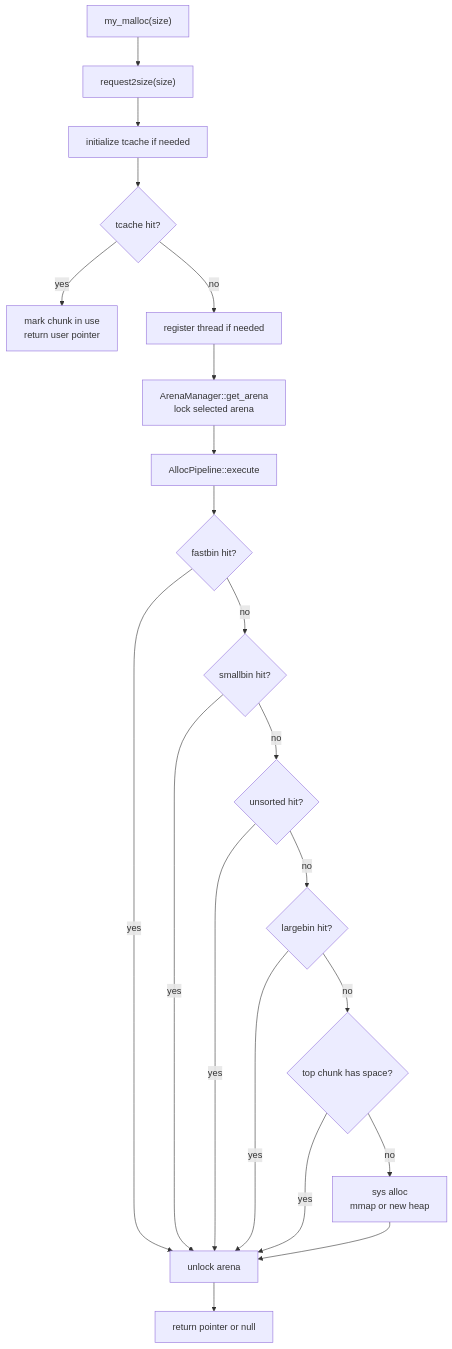
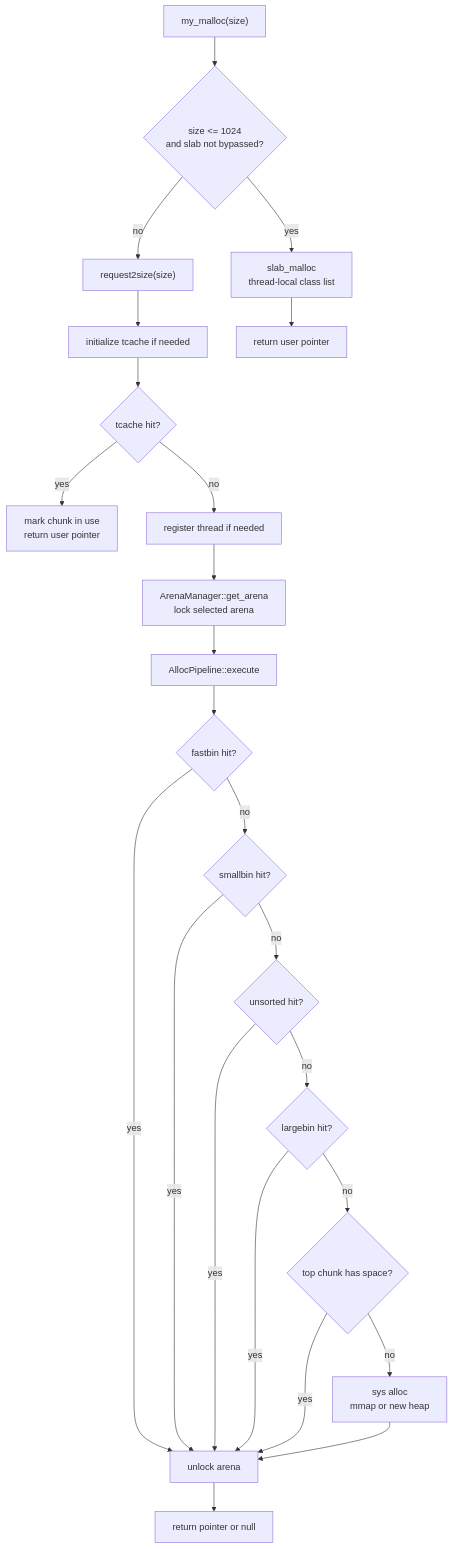
Before and after one commit to sdsasf/my_malloc: the seventh of 11 diagrams in docs/allocator_design.md, drawn with Mermaid. The commit also changed other lines of this file and 7 other files, not shown here.

````diff
--- a/docs/allocator_design.md
+++ b/docs/allocator_design.md
@@ -213,35 +275,42 @@
 ```mermaid
 flowchart TD
     Start["my_malloc(size)"]
+    Slab{"size <= 1024<br/>and slab not bypassed?"}
+    SlabHit["slab_malloc<br/>thread-local class list"]
     Size["request2size(size)"]
     TInit["initialize tcache if needed"]
     TTry{"tcache hit?"}
-    TRet["mark chunk in use<br/>return user pointer"]
+    TRet["return user pointer"]
+    ChunkRet["mark chunk in use<br/>return user pointer"]
     Reg["register thread if needed"]
     Arena["ArenaManager::get_arena<br/>lock selected arena"]
     Pipe["AllocPipeline::execute"]
     FTry{"fastbin hit?"}
     STry{"smallbin hit?"}
     UTry{"unsorted hit?"}
     LTry{"largebin hit?"}
     TopTry{"top chunk has space?"}
     Sys["sys alloc<br/>mmap or new heap"]
     Unlock["unlock arena"]
     Ret["return pointer or null"]
 
-    Start --> Size --> TInit --> TTry
-    TTry -- yes --> TRet
+    Start --> Slab
+    Slab -- yes --> SlabHit
+    Slab -- no --> Size
+    SlabHit --> TRet
+    Size --> TInit --> TTry
+    TTry -- yes --> ChunkRet
     TTry -- no --> Reg --> Arena --> Pipe
     Pipe --> FTry
     FTry -- no --> STry
     STry -- no --> UTry
     UTry -- no --> LTry
     LTry -- no --> TopTry
     TopTry -- no --> Sys
     FTry -- yes --> Unlock
     STry -- yes --> Unlock
     UTry -- yes --> Unlock
     LTry -- yes --> Unlock
     TopTry -- yes --> Unlock
     Sys --> Unlock --> Ret
 ```
````
